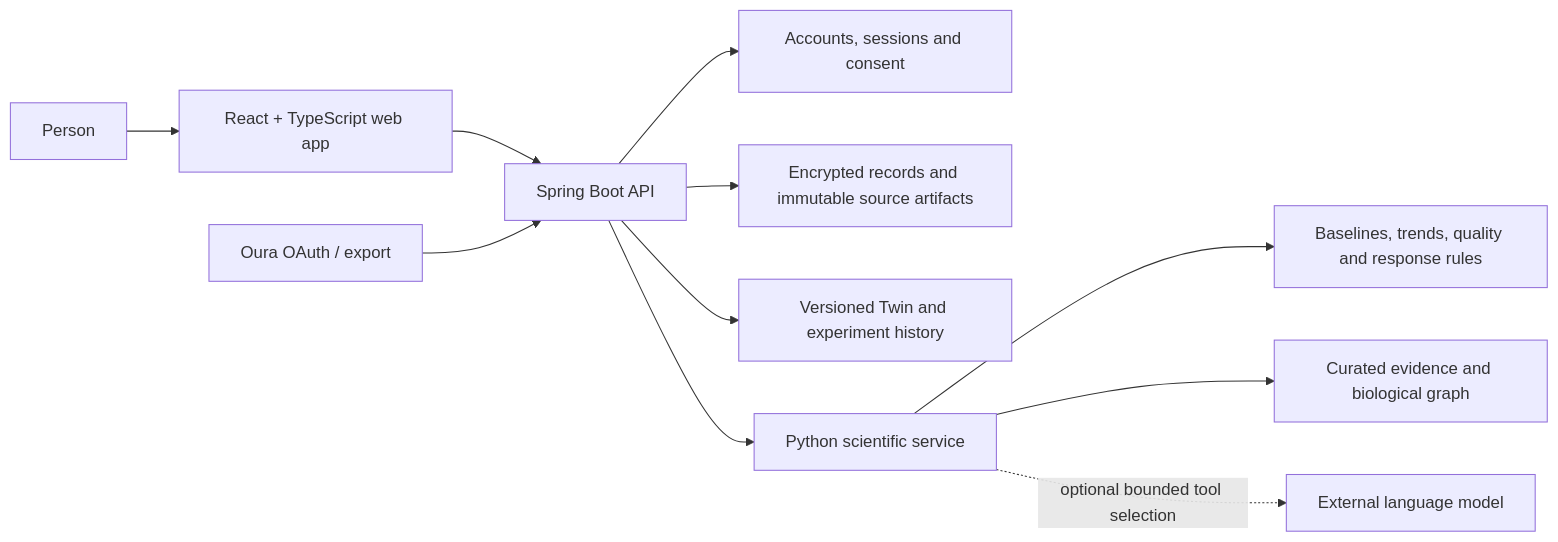
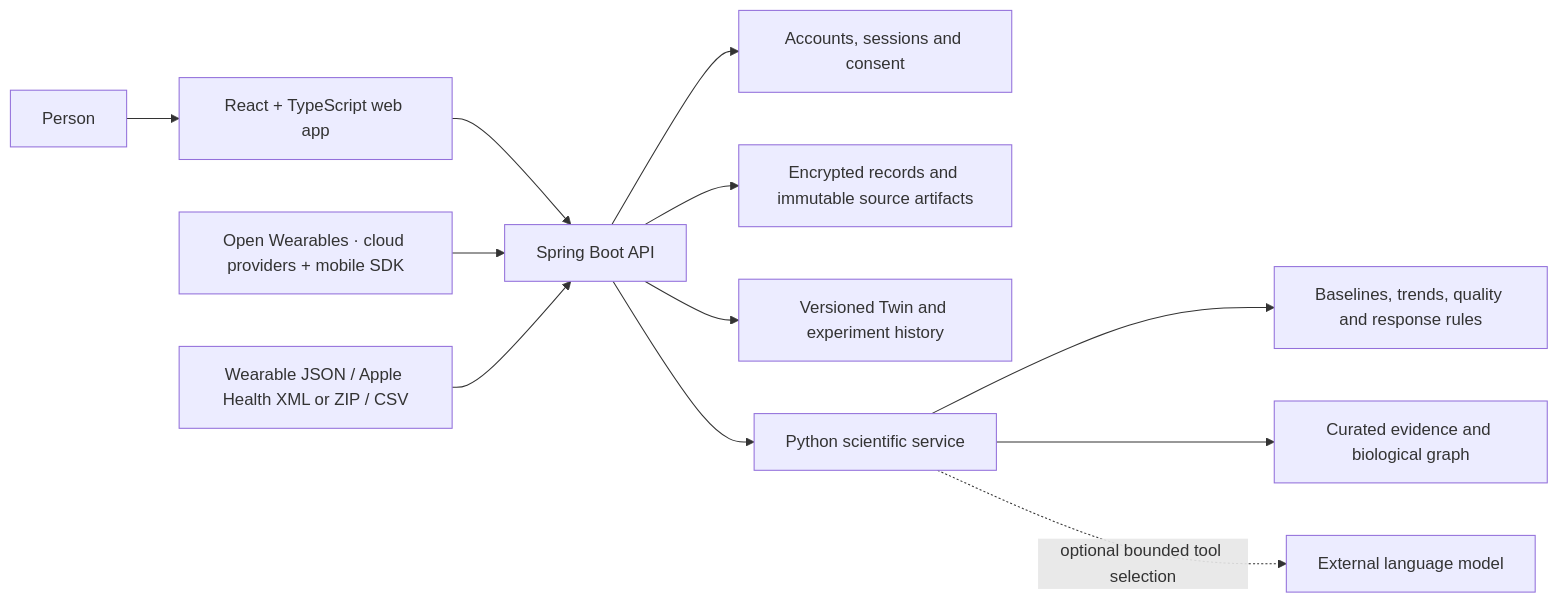
One commit to Adityahulk/aevum changed the first of 3 diagrams in README.md. Above: the diagram before and after it, drawn with Mermaid. The commit also changed other lines of this file and 32 other files, not shown here.

Commit message:
Integrate wearables through Open Wearables

````diff
--- a/README.md
+++ b/README.md
@@ -21,13 +21,14 @@
 ```mermaid
 flowchart LR
   Person[Person] --> Web[React + TypeScript web app]
   Web --> API[Spring Boot API]
   API --> Identity[Accounts, sessions and consent]
   API --> Vault[Encrypted records and immutable source artifacts]
   API --> Twin[Versioned Twin and experiment history]
   API --> Science[Python scientific service]
   Science --> Rules[Baselines, trends, quality and response rules]
   Science --> Evidence[Curated evidence and biological graph]
   Science -. optional bounded tool selection .-> LLM[External language model]
-  Oura[Oura OAuth / export] --> API
+  Wearables[Open Wearables · cloud providers + mobile SDK] --> API
+  Exports[Wearable JSON / Apple Health XML or ZIP / CSV] --> API
 ```
````
